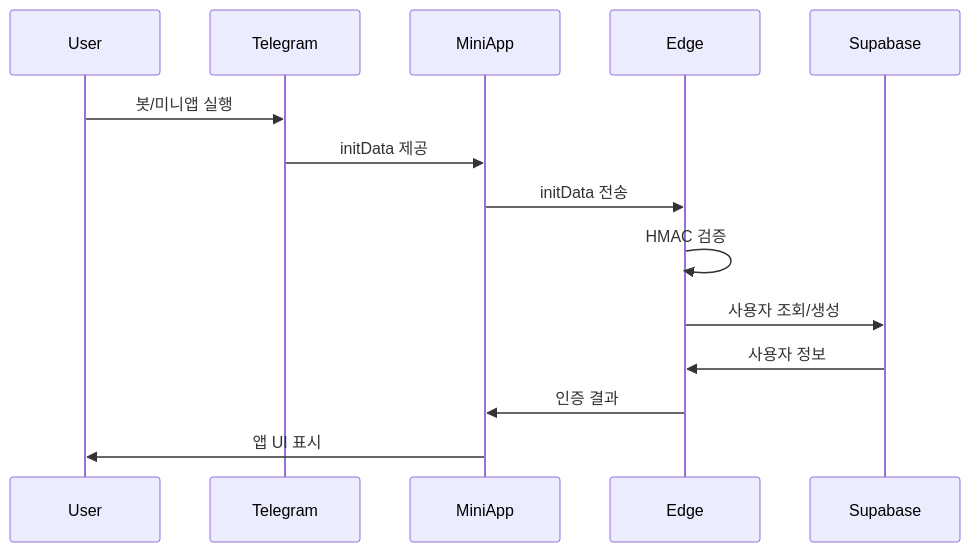
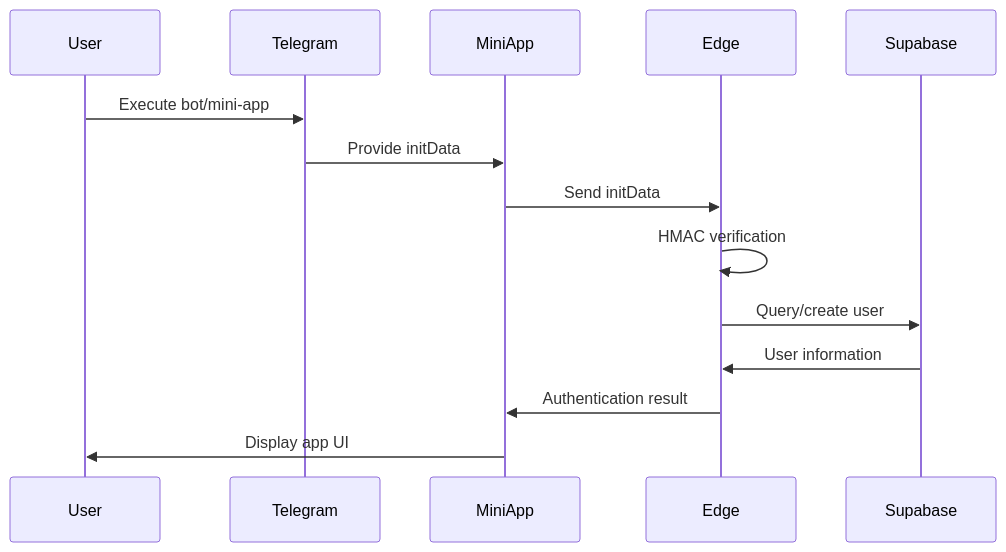
Before and after one commit to GyeongChan-Jang/fragmetric-tg-miniapp: the diagram in README.md, drawn with Mermaid. The commit also changed other lines of this file and 1 other file, not shown here.

````diff
--- a/README.md
+++ b/README.md
@@ -156,17 +158,17 @@
    ```mermaid
    sequenceDiagram
        participant User
        participant Telegram
        participant MiniApp
        participant Edge
        participant Supabase
 
-       User->>Telegram: 봇/미니앱 실행
-       Telegram->>MiniApp: initData 제공
-       MiniApp->>Edge: initData 전송
-       Edge->>Edge: HMAC 검증
-       Edge->>Supabase: 사용자 조회/생성
-       Supabase->>Edge: 사용자 정보
-       Edge->>MiniApp: 인증 결과
-       MiniApp->>User: 앱 UI 표시
+       User->>Telegram: Execute bot/mini-app
+       Telegram->>MiniApp: Provide initData
+       MiniApp->>Edge: Send initData
+       Edge->>Edge: HMAC verification
+       Edge->>Supabase: Query/create user
+       Supabase->>Edge: User information
+       Edge->>MiniApp: Authentication result
+       MiniApp->>User: Display app UI
    ```
````
